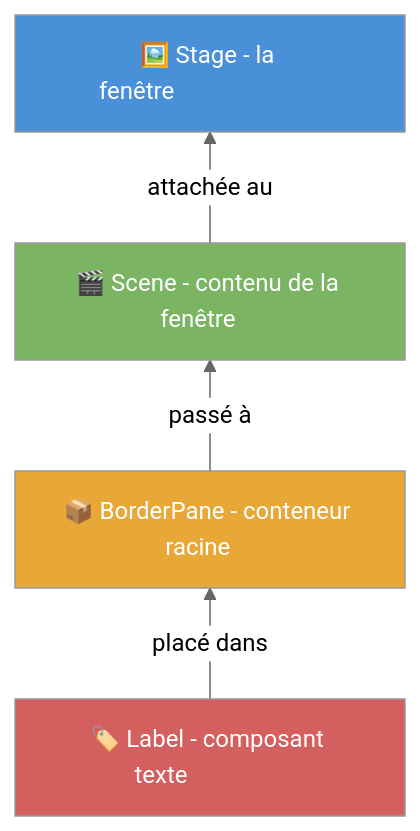
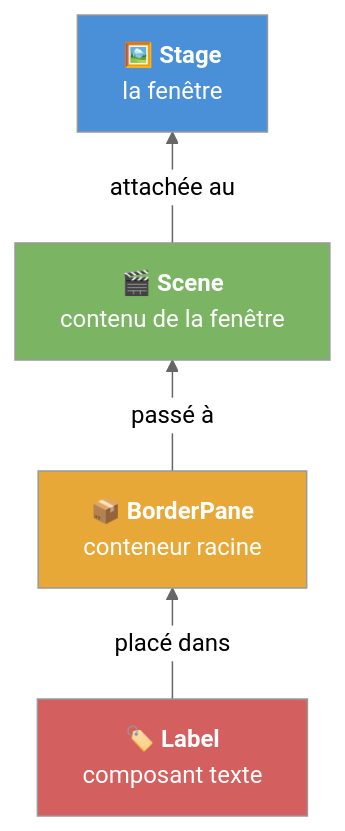
Before and after one commit to IUTInfoAix-R202-2026/tp1-Chtioui-1: the diagram in README.md, drawn with Mermaid (neutral theme).

Commit message:
docs(tp1): graphe de scène avec nom en gras + description sur deux lignes

````diff
--- a/README.md
+++ b/README.md
@@ -551,11 +551,11 @@
 ```mermaid
 graph BT
-    D["🏷️ Label - composant texte&emsp;&emsp;&emsp;&emsp;"] -- "placé dans" --> C["📦 BorderPane - conteneur racine&emsp;"]
-    C -- "passé à" --> B["🎬 Scene - contenu de la fenêtre&emsp;"]
-    B -- "attachée au" --> A["🖼️ Stage - la fenêtre&emsp;&emsp;&emsp;&emsp;&emsp;&emsp;"]
+    D["🏷️ <b>Label</b><br/>composant texte"] -- "placé dans" --> C["📦 <b>BorderPane</b><br/>conteneur racine"]
+    C -- "passé à" --> B["🎬 <b>Scene</b><br/>contenu de la fenêtre"]
+    B -- "attachée au" --> A["🖼️ <b>Stage</b><br/>la fenêtre"]
     
     style A fill:#4a90d9,color:white
     style B fill:#7bb563,color:white
     style C fill:#e8a838,color:white
     style D fill:#d35f5f,color:white
 ```
````
